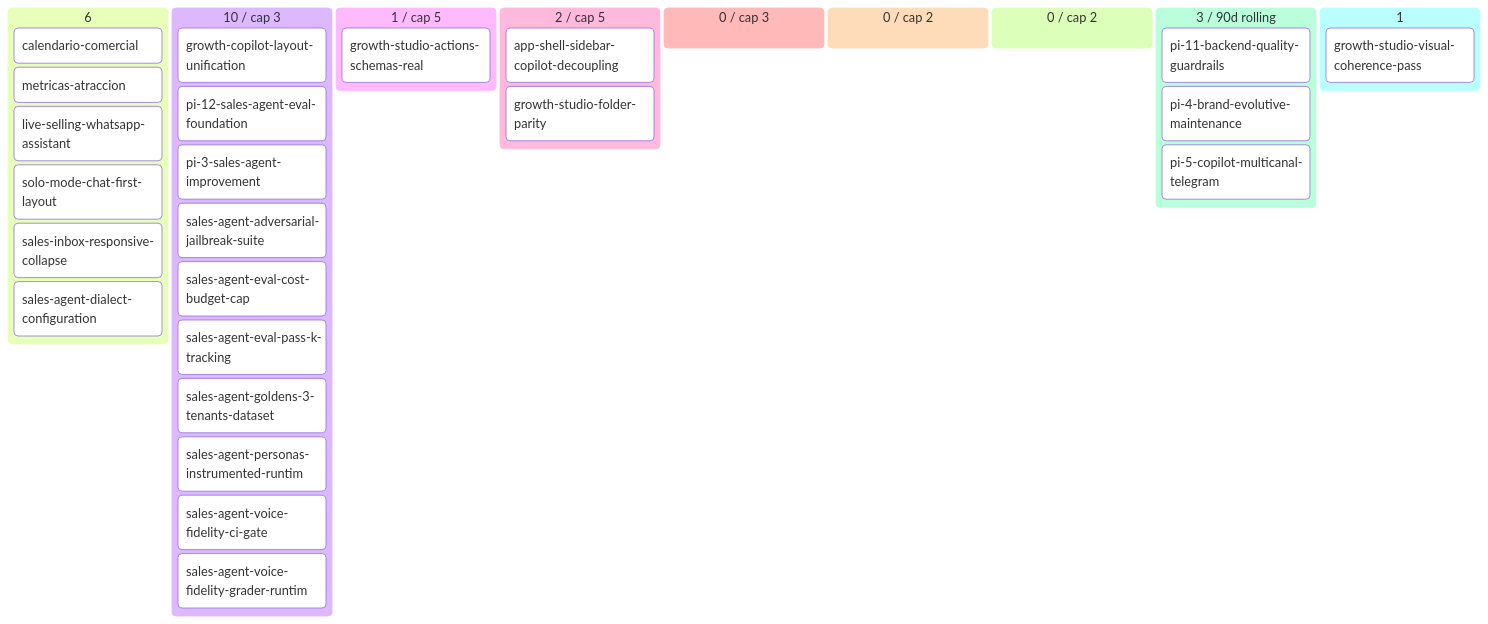
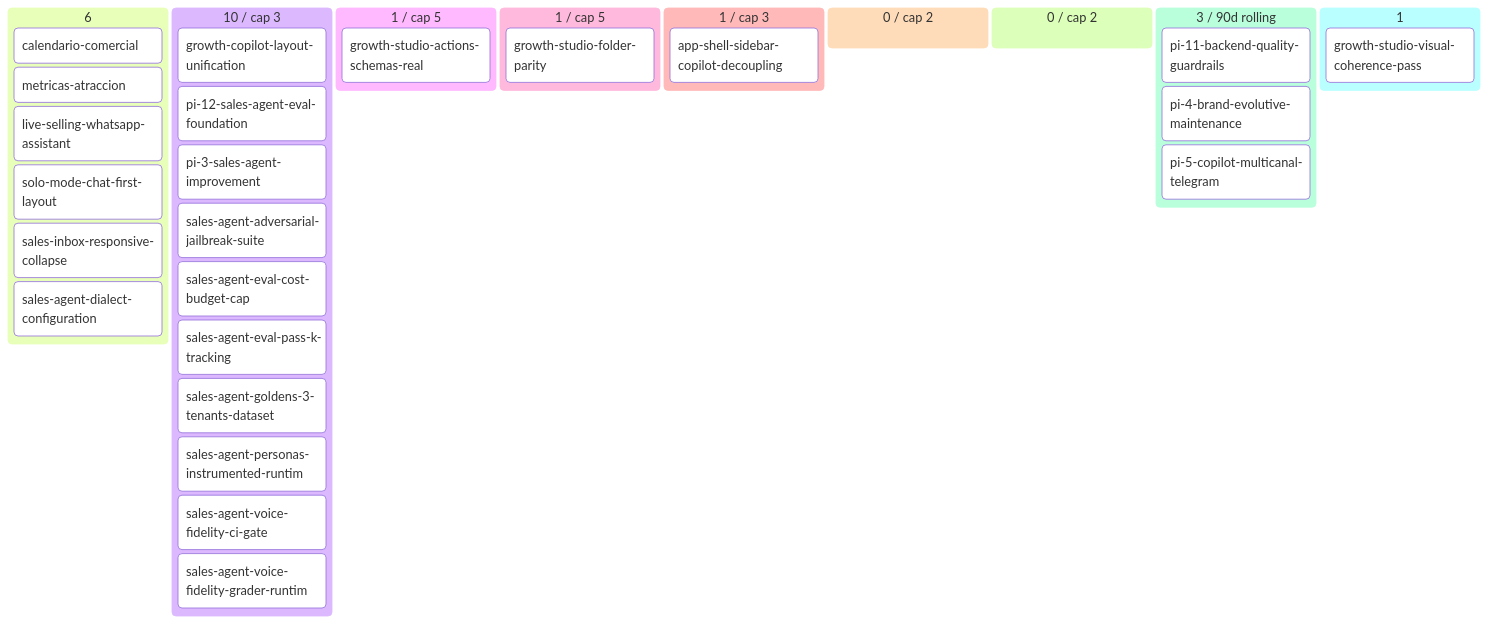
The diagram in docs/product/BACKLOG.md (alpacapurpura/ap_sales_agent), drawn with Mermaid before and after one commit. The commit also changed other lines of this file and 3 other files, not shown here.

````diff
--- a/docs/product/BACKLOG.md
+++ b/docs/product/BACKLOG.md
@@ -59,35 +58,35 @@
 ```mermaid
 kanban
   💡 Ideas (6)
     calendario-comercial[calendario-comercial]
     metricas-atraccion[metricas-atraccion]
     live-selling-whatsapp-assistan[live-selling-whatsapp-assistant]
     solo-mode-chat-first-layout[solo-mode-chat-first-layout]
     sales-inbox-responsive-collaps[sales-inbox-responsive-collapse]
     sales-agent-dialect-configurat[sales-agent-dialect-configuration]
   🔬 Refining (10 / cap 3)
     growth-copilot-layout-unificat[growth-copilot-layout-unification]
     pi-12-sales-agent-eval-foundat[pi-12-sales-agent-eval-foundation]
     pi-3-sales-agent-improvement[pi-3-sales-agent-improvement]
     sales-agent-adversarial-jailbr[sales-agent-adversarial-jailbreak-suite]
     sales-agent-eval-cost-budget-c[sales-agent-eval-cost-budget-cap]
     sales-agent-eval-pass-k-tracki[sales-agent-eval-pass-k-tracking]
     sales-agent-goldens-3-tenants-[sales-agent-goldens-3-tenants-dataset]
     sales-agent-personas-instrumen[sales-agent-personas-instrumented-runtim]
     sales-agent-voice-fidelity-ci-[sales-agent-voice-fidelity-ci-gate]
     sales-agent-voice-fidelity-gra[sales-agent-voice-fidelity-grader-runtim]
   ✅ Refined (1 / cap 5)
     growth-studio-actions-schemas-[growth-studio-actions-schemas-real]
-  📦 Ready (2 / cap 5)
+  📦 Ready (1 / cap 5)
+    growth-studio-folder-parity[growth-studio-folder-parity]
+  🔨 Developing (1 / cap 3)
     app-shell-sidebar-copilot-deco[app-shell-sidebar-copilot-decoupling]
-    growth-studio-folder-parity[growth-studio-folder-parity]
-  🔨 Developing (0 / cap 3)
   🧪 Developed (0 / cap 2)
   🔍 Reviewing (0 / cap 2)
   ✅ Done (3 / 90d rolling)
     pi-11-backend-quality-guardrai[pi-11-backend-quality-guardrails]
     pi-4-brand-evolutive-maintenan[pi-4-brand-evolutive-maintenance]
     pi-5-copilot-multicanal-telegr[pi-5-copilot-multicanal-telegram]
   🅿 Parked (1)
     growth-studio-visual-coherence[growth-studio-visual-coherence-pass]
 ```
````
